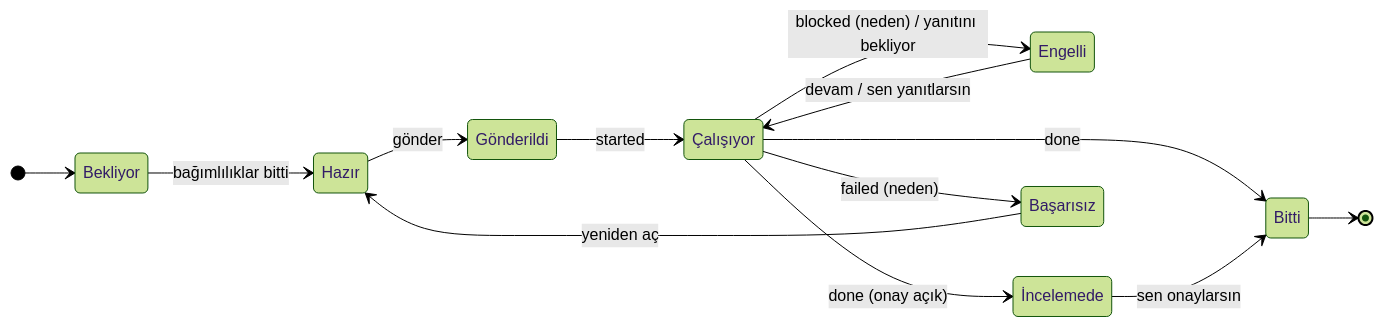
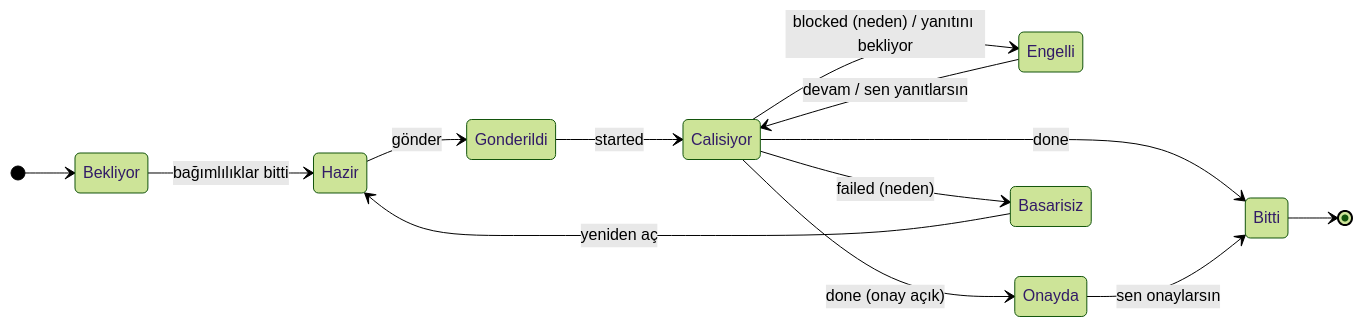
One commit to mitradeniz/ai-tracking-system changed the third of 3 diagrams in README.tr.md. Above: the diagram before and after it, drawn with Mermaid (forest theme). The commit also changed other lines of this file and 24 other files, not shown here.

````diff
--- a/README.tr.md
+++ b/README.tr.md
@@ -253,24 +337,16 @@
 ```mermaid
 stateDiagram-v2
     direction LR
-    state "Bekliyor" as Bekliyor
-    state "Hazır" as Hazir
-    state "Gönderildi" as Gonderildi
-    state "Çalışıyor" as Calisiyor
-    state "Engelli" as Engelli
-    state "İncelemede" as Incelemede
-    state "Bitti" as Bitti
-    state "Başarısız" as Basarisiz
     [*] --> Bekliyor
     Bekliyor --> Hazir: bağımlılıklar bitti
     Hazir --> Gonderildi: gönder
     Gonderildi --> Calisiyor: started
     Calisiyor --> Engelli: blocked (neden) / yanıtını bekliyor
     Engelli --> Calisiyor: devam / sen yanıtlarsın
-    Calisiyor --> Incelemede: done (onay açık)
+    Calisiyor --> Onayda: done (onay açık)
     Calisiyor --> Bitti: done
-    Incelemede --> Bitti: sen onaylarsın
+    Onayda --> Bitti: sen onaylarsın
     Calisiyor --> Basarisiz: failed (neden)
     Basarisiz --> Hazir: yeniden aç
     Bitti --> [*]
 ```
````
